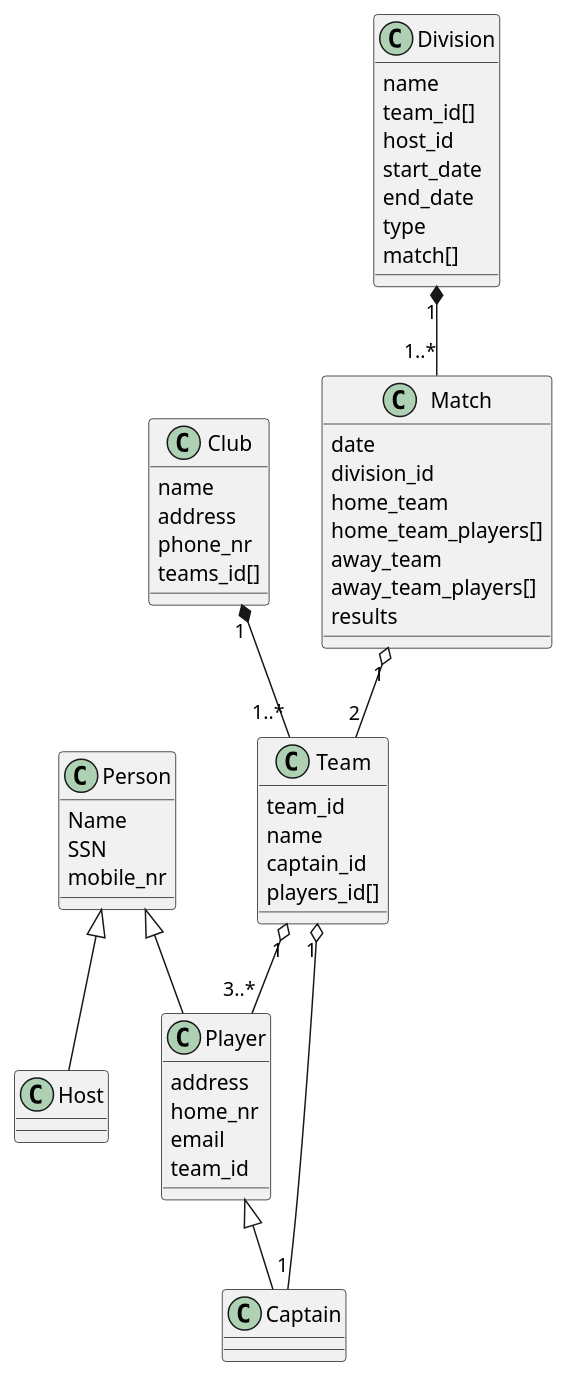
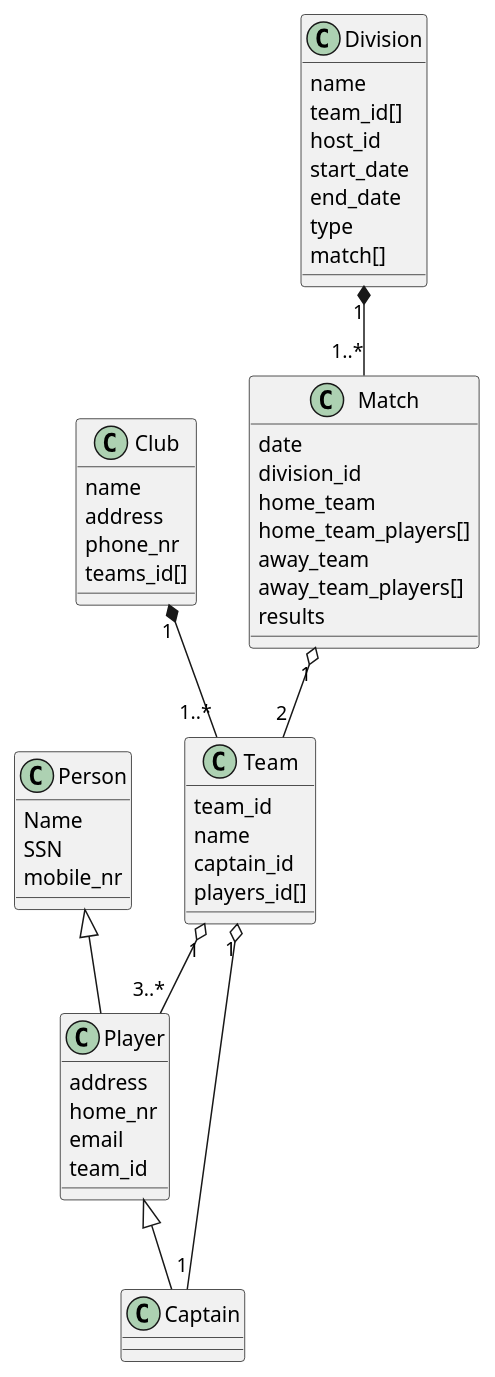
One commit to StankWizardLizard/VNL1-2022-HOPUR-28 changed the diagram in Honnun/ClassDiagram/model_classes.puml. Above: the diagram before and after it, drawn with PlantUML.

```diff
--- a/Honnun/ClassDiagram/model_classes.puml
+++ b/Honnun/ClassDiagram/model_classes.puml
@@ -1,58 +1,55 @@
 @startuml lol
 
-Person <|-- Host
 Person <|-- Player
 Player <|-- Captain
 Team "1" o-- "3..*" Player
 Team "1" o-- "1" Captain
 Club "1" *-- "1..*" Team 
 Match "1" o-- "2" Team 
 Division "1" *-- "1..*" Match  
 
 class Person {
     Name
     SSN
     mobile_nr
 }
 class Player {
     address
     home_nr
     email
     team_id
-}
-class Host {
 }
 class Captain {
 }
 class Club {
     name
     address
     phone_nr
     teams_id[]
 }
 class Team {
     team_id
     name
     captain_id
     players_id[]
 }
 class Division {
     name
     team_id[]
     host_id
     start_date
     end_date
     type
     match[]
 }
 class Match {
     date
     division_id
     home_team
     home_team_players[]
     away_team
     away_team_players[]
     results
 }
 
 @enduml
```
